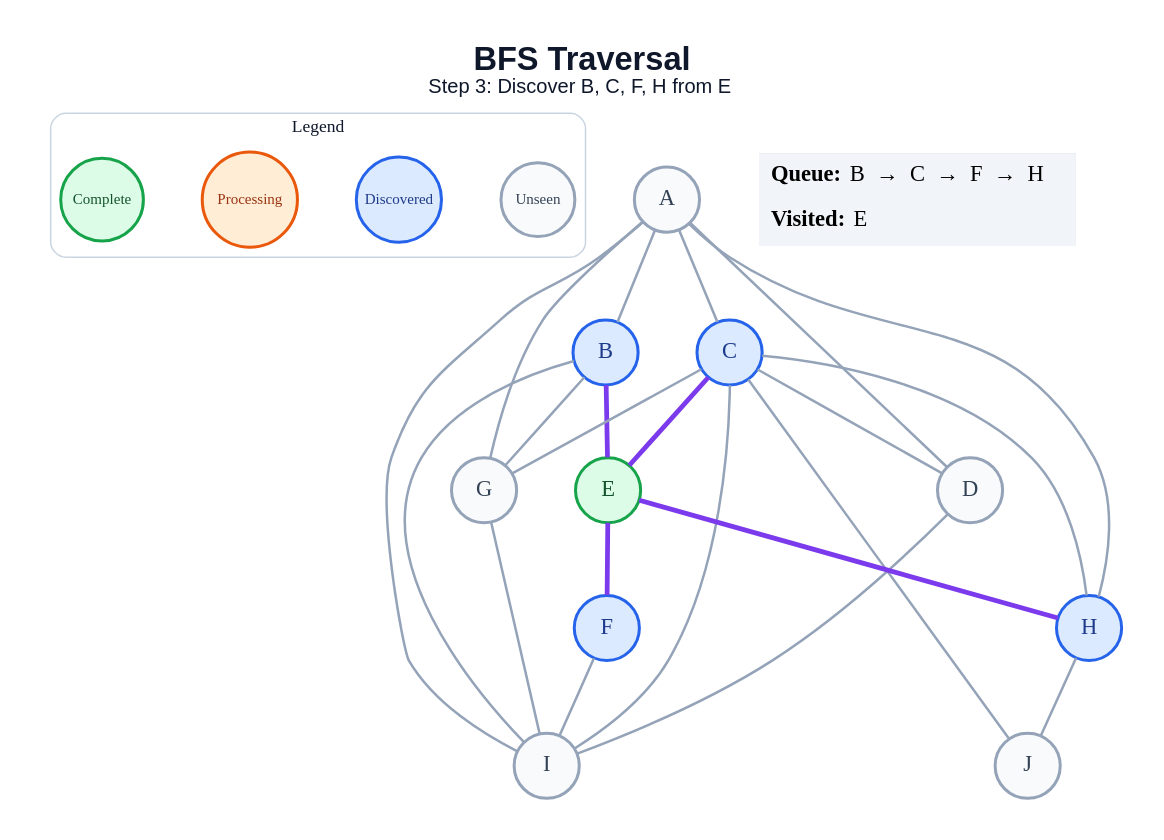
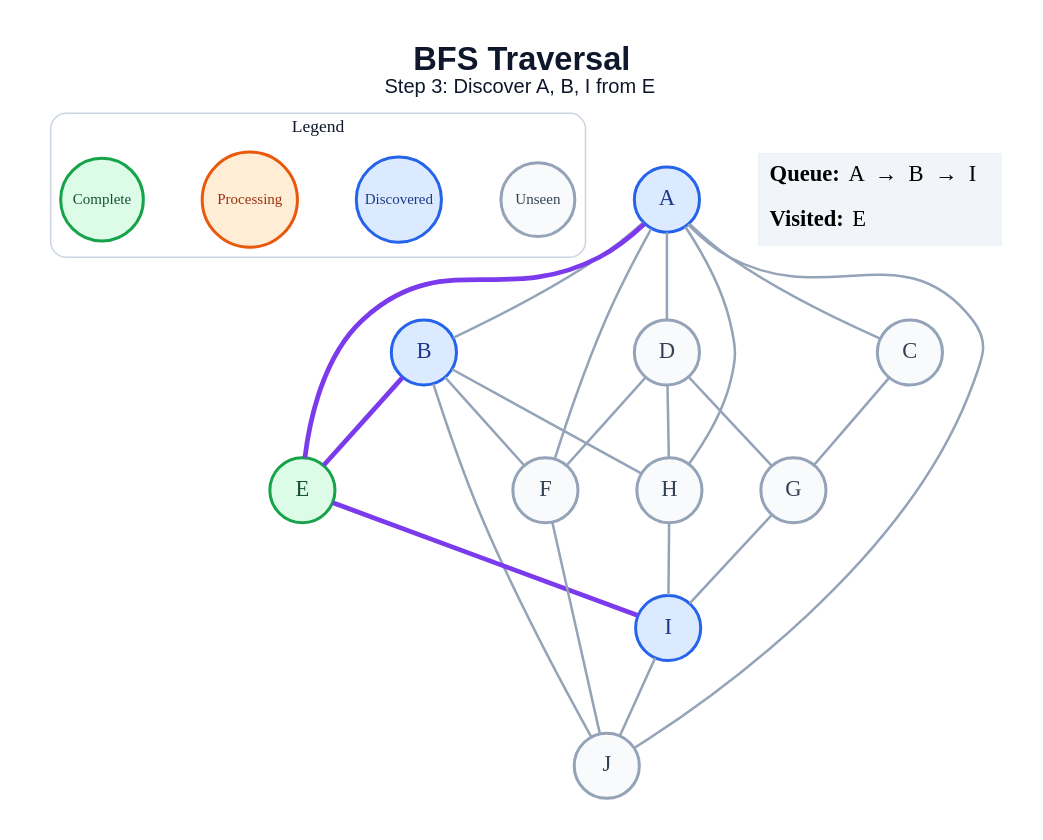
The diagram in generated/specific-node/bfs/step_03.dot (anon7238593-create/ai-slop), drawn with Graphviz before and after one commit. The commit also changed 171 other files, not shown here.

```diff
--- a/generated/specific-node/bfs/step_03.dot
+++ b/generated/specific-node/bfs/step_03.dot
@@ -1,50 +1,49 @@
 graph traversal {
   graph [layout=dot, rankdir=TB, bgcolor="#FFFFFF", pad="0.35", nodesep="0.65", ranksep="0.8", fontname="Arial"];
   node [shape=circle, style="filled", fontname="Arial Bold", fontsize=18, width=0.72, fixedsize=true, penwidth=2.4];
   edge [color="#94A3B8", penwidth=2.0];
-  label=<<B>BFS Traversal</B><BR/><FONT POINT-SIZE="16">Step 3: Discover B, C, F, H from E</FONT>>; labelloc="t"; fontsize=26; fontname="Arial"; fontcolor="#0F172A";
+  label=<<B>BFS Traversal</B><BR/><FONT POINT-SIZE="16">Step 3: Discover A, B, I from E</FONT>>; labelloc="t"; fontsize=26; fontname="Arial"; fontcolor="#0F172A";
   subgraph cluster_legend { label="Legend"; color="#CBD5E1"; penwidth=1.2; style="rounded"; fontsize=14; fontname="Arial Bold";
     key_unseen [label="Unseen", fillcolor="#F8FAFC", color="#94A3B8", fontcolor="#334155", fontsize=12, width=0.82];
     key_frontier [label="Discovered", fillcolor="#DBEAFE", color="#2563EB", fontcolor="#1E3A8A", fontsize=12, width=0.95];
     key_current [label="Processing", fillcolor="#FFEDD5", color="#EA580C", fontcolor="#9A3412", fontsize=12, width=1.05];
     key_done [label="Complete", fillcolor="#DCFCE7", color="#16A34A", fontcolor="#14532D", fontsize=12, width=0.92];
     { rank=same; key_unseen; key_frontier; key_current; key_done; }
   }
-  A [fillcolor="#F8FAFC", color="#94A3B8", fontcolor="#334155"];
+  A [fillcolor="#DBEAFE", color="#2563EB", fontcolor="#1E3A8A"];
   B [fillcolor="#DBEAFE", color="#2563EB", fontcolor="#1E3A8A"];
-  C [fillcolor="#DBEAFE", color="#2563EB", fontcolor="#1E3A8A"];
+  C [fillcolor="#F8FAFC", color="#94A3B8", fontcolor="#334155"];
   D [fillcolor="#F8FAFC", color="#94A3B8", fontcolor="#334155"];
   E [fillcolor="#DCFCE7", color="#16A34A", fontcolor="#14532D"];
-  F [fillcolor="#DBEAFE", color="#2563EB", fontcolor="#1E3A8A"];
+  F [fillcolor="#F8FAFC", color="#94A3B8", fontcolor="#334155"];
   G [fillcolor="#F8FAFC", color="#94A3B8", fontcolor="#334155"];
-  H [fillcolor="#DBEAFE", color="#2563EB", fontcolor="#1E3A8A"];
-  I [fillcolor="#F8FAFC", color="#94A3B8", fontcolor="#334155"];
+  H [fillcolor="#F8FAFC", color="#94A3B8", fontcolor="#334155"];
+  I [fillcolor="#DBEAFE", color="#2563EB", fontcolor="#1E3A8A"];
   J [fillcolor="#F8FAFC", color="#94A3B8", fontcolor="#334155"];
   A -- B;
   A -- C;
   A -- D;
-  A -- G;
+  A -- E [color="#7C3AED", penwidth=3.8];
+  A -- F;
   A -- H;
-  A -- I;
+  A -- J;
   B -- E [color="#7C3AED", penwidth=3.8];
-  B -- G;
-  B -- I;
-  C -- D;
-  C -- E [color="#7C3AED", penwidth=3.8];
+  B -- F;
+  B -- H;
+  B -- J;
   C -- G;
-  C -- H;
-  C -- I;
-  C -- J;
-  D -- I;
-  E -- F [color="#7C3AED", penwidth=3.8];
-  E -- H [color="#7C3AED", penwidth=3.8];
-  F -- I;
+  D -- F;
+  D -- G;
+  D -- H;
+  E -- I [color="#7C3AED", penwidth=3.8];
+  F -- J;
   G -- I;
-  H -- J;
+  H -- I;
+  I -- J;
   status [shape=plain, fixedsize=false, width=0, height=0, margin=0, label=<
     <TABLE BORDER="0" CELLBORDER="0" CELLPADDING="7" BGCOLOR="#F1F5F9">
-      <TR><TD ALIGN="LEFT"><B>Queue:</B> B  →  C  →  F  →  H</TD></TR>
+      <TR><TD ALIGN="LEFT"><B>Queue:</B> A  →  B  →  I</TD></TR>
       <TR><TD ALIGN="LEFT"><B>Visited:</B> E</TD></TR>
     </TABLE>
   >];
 }
```
